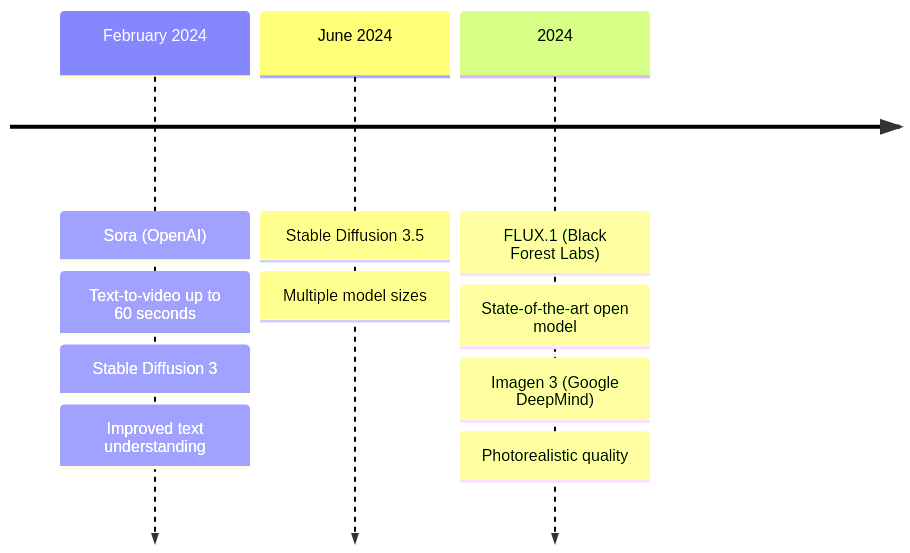
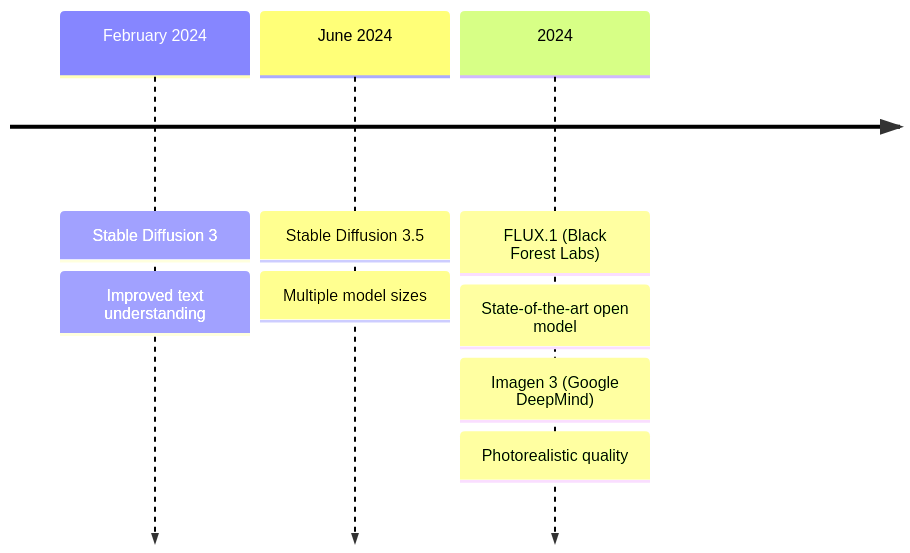
Before and after one commit to simonguest/CSP: the third of 3 diagrams in src/02/exploring_genai_p2.qmd, drawn with Mermaid. The commit also changed other lines of this file, not shown here.

Commit message:
Final tweaks to part 2 of gen ai presentation

````diff
--- a/src/02/exploring_genai_p2.qmd
+++ b/src/02/exploring_genai_p2.qmd
@@ -86,13 +86,11 @@
 ```{mermaid}
 timeline
-  February 2024 : Sora (OpenAI)
-                : Text-to-video up to 60 seconds
-                : Stable Diffusion 3
+  February 2024 : Stable Diffusion 3
                 : Improved text understanding
   June 2024 : Stable Diffusion 3.5
             : Multiple model sizes
   2024 : FLUX.1 (Black Forest Labs)
         : State-of-the-art open model
         : Imagen 3 (Google DeepMind)
         : Photorealistic quality
 ```
````
